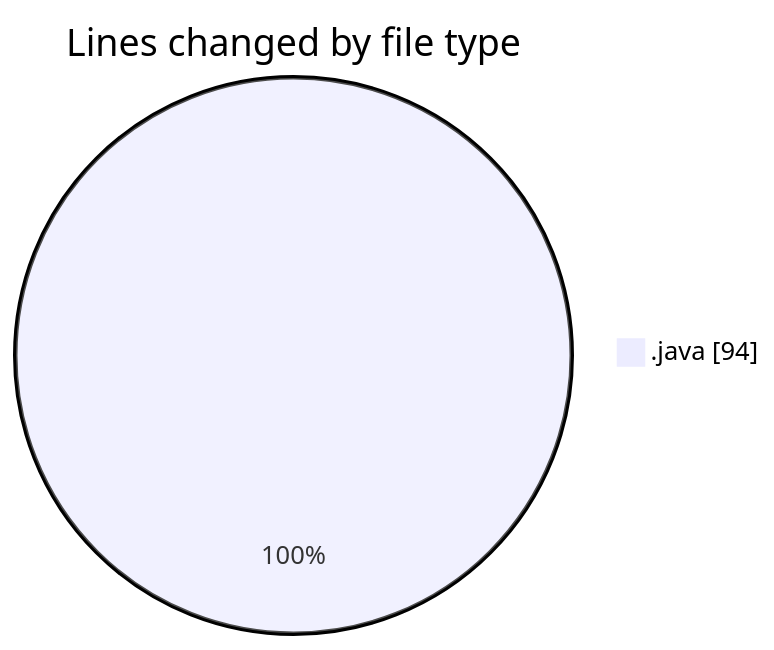
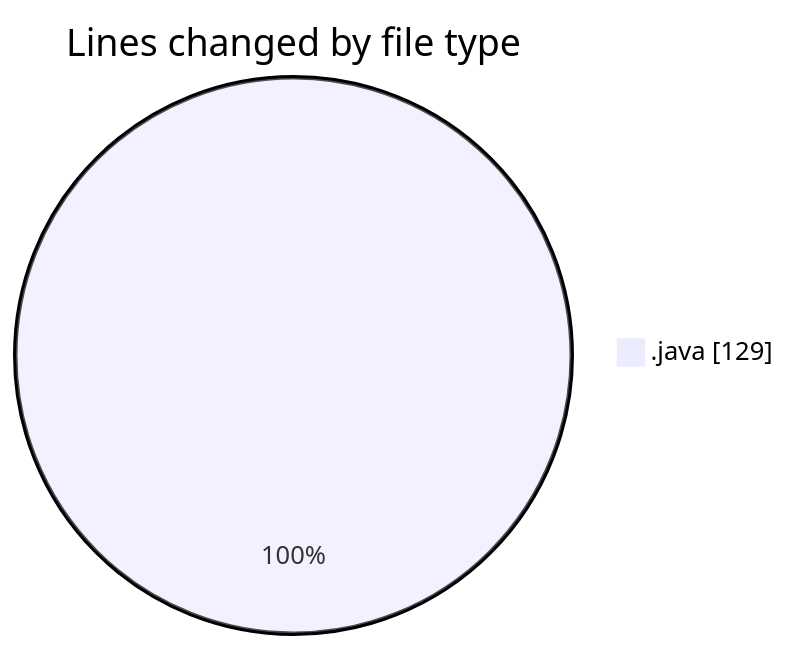
Before and after one commit to NitaiMahat/code-tracking: the first of 2 diagrams in 2025-03-08/computer_202/README.md, drawn with Mermaid. The commit also changed other lines of this file and 1 other file, not shown here.

````diff
--- a/2025-03-08/computer_202/README.md
+++ b/2025-03-08/computer_202/README.md
@@ -22,5 +22,5 @@
 ```mermaid
 pie showData
 title Lines changed by file type
-".java" : 94
+".java" : 129
 ```
````
